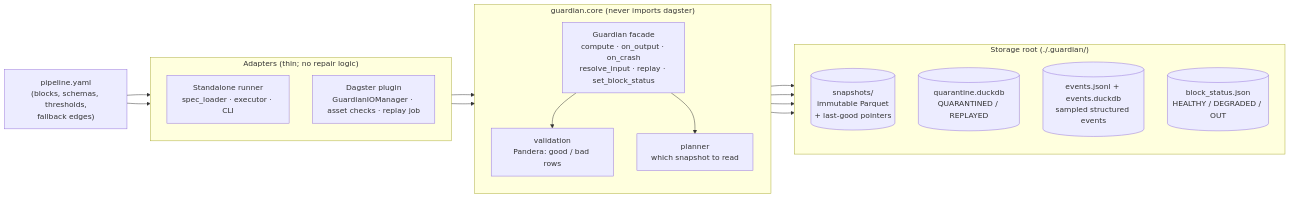
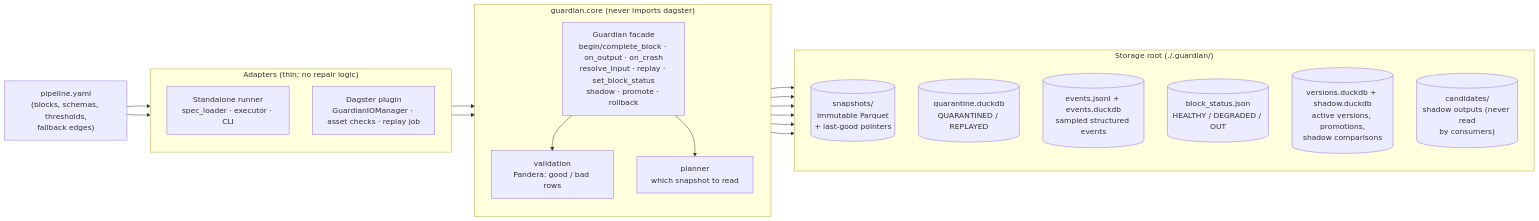
One commit to SaurabhDusane/guardian changed the diagram in README.md. Above: the diagram before and after it, drawn with Mermaid. The commit also changed other lines of this file and 9 other files, not shown here.

````diff
--- a/README.md
+++ b/README.md
@@ -14,36 +14,40 @@
 ```mermaid
 flowchart LR
     spec["pipeline.yaml<br/>(blocks, schemas, thresholds,<br/>fallback edges)"]
 
     subgraph adapters["Adapters (thin; no repair logic)"]
         direction TB
         standalone["Standalone runner<br/>spec_loader · executor · CLI"]
         dagster["Dagster plugin<br/>GuardianIOManager · asset checks · replay job"]
     end
 
     subgraph core["guardian.core (never imports dagster)"]
         direction TB
-        facade["Guardian facade<br/>compute · on_output · on_crash<br/>resolve_input · replay · set_block_status"]
+        facade["Guardian facade<br/>begin/complete_block · on_output · on_crash<br/>resolve_input · replay · set_block_status<br/>shadow · promote · rollback"]
         validation["validation<br/>Pandera: good / bad rows"]
         planner["planner<br/>which snapshot to read"]
         facade --> validation
         facade --> planner
     end
 
     subgraph storage["Storage root (./.guardian/)"]
         direction TB
         snaps[("snapshots/<br/>immutable Parquet<br/>+ last-good pointers")]
         quar[("quarantine.duckdb<br/>QUARANTINED / REPLAYED")]
         events[("events.jsonl + events.duckdb<br/>sampled structured events")]
         status[("block_status.json<br/>HEALTHY / DEGRADED / OUT")]
+        versions[("versions.duckdb + shadow.duckdb<br/>active versions, promotions,<br/>shadow comparisons")]
+        cands[("candidates/<br/>shadow outputs (never read<br/>by consumers)")]
     end
 
     spec --> standalone
     spec --> dagster
     standalone --> facade
     dagster --> facade
     facade --> snaps
     facade --> quar
     facade --> events
     facade --> status
+    facade --> versions
+    facade --> cands
 ```
````
